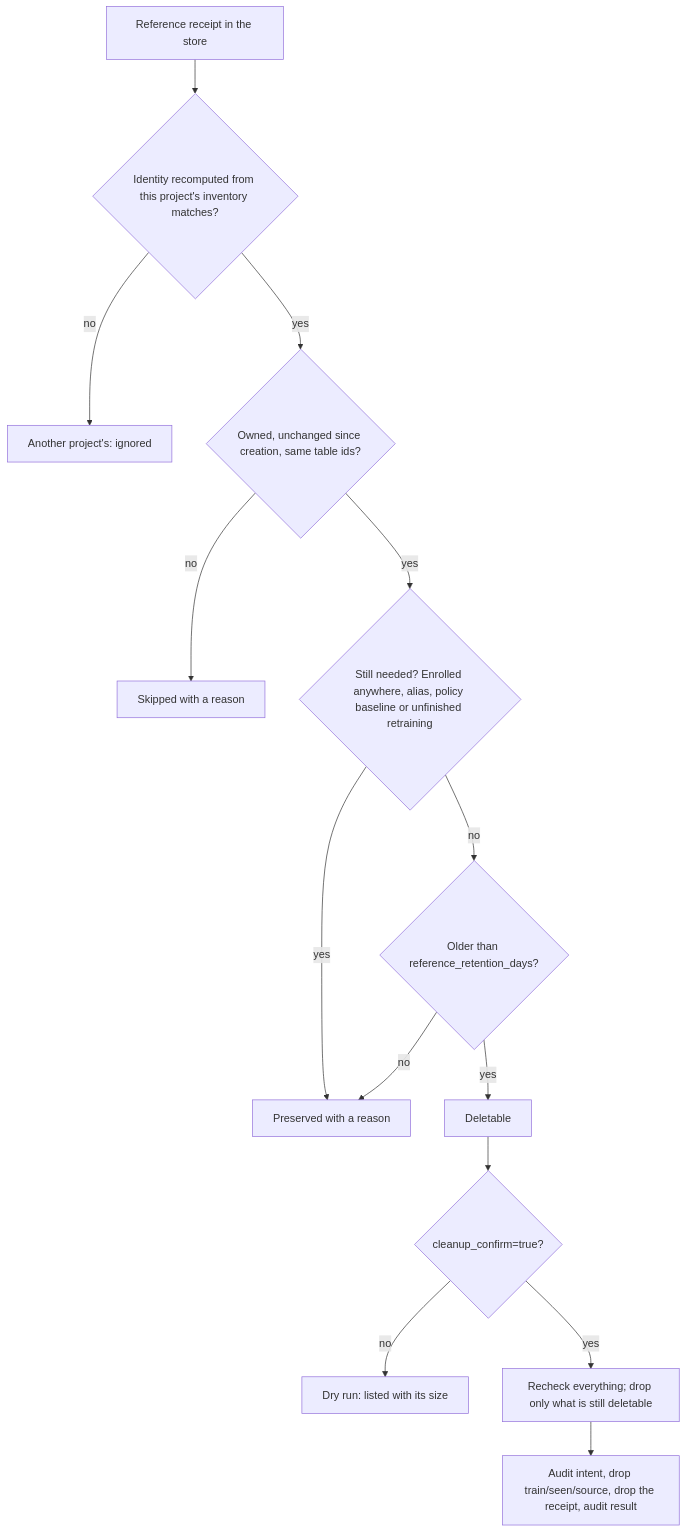
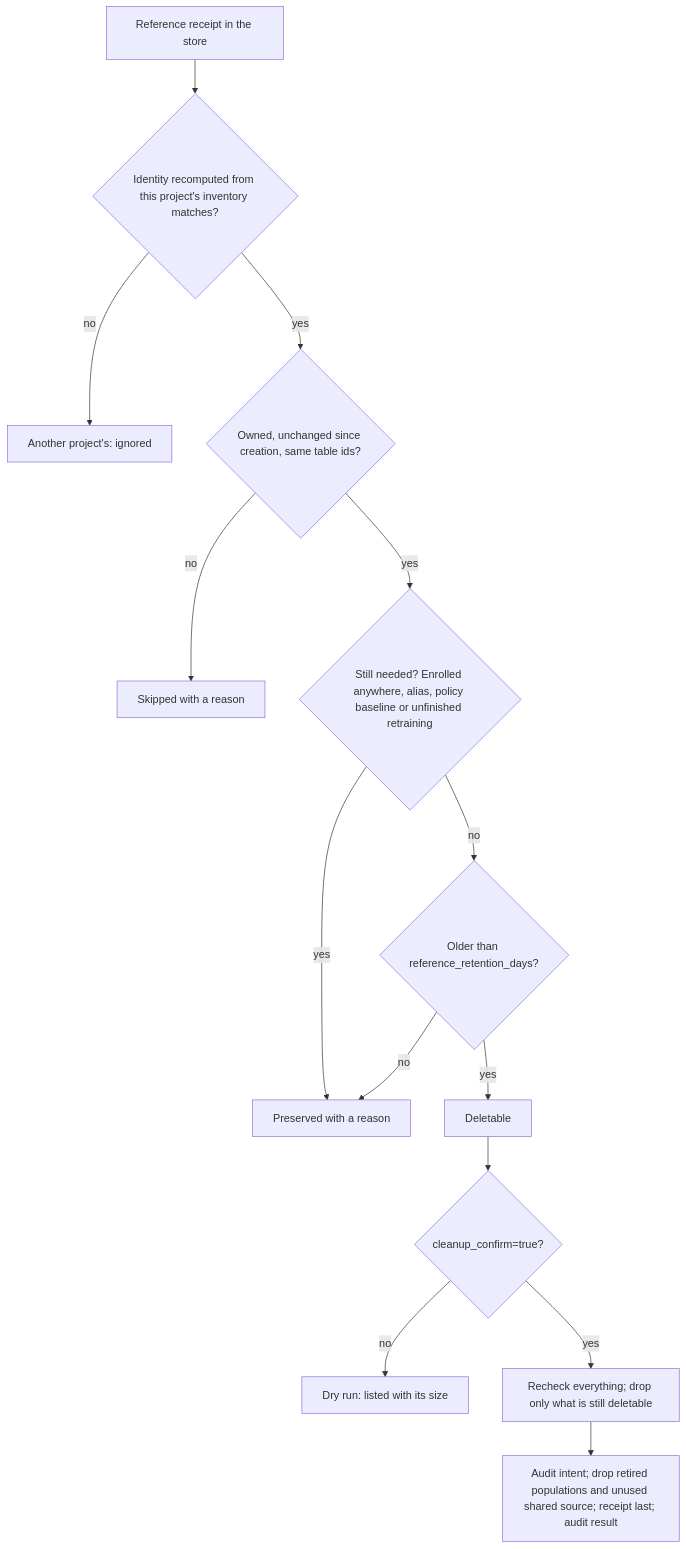
One commit to flyingriverhorse/Skyulf changed the diagram in docs/user_guide/databricks_monitoring_setup.md. Above: the diagram before and after it, drawn with Mermaid. The commit also changed other lines of this file and 116 other files, not shown here.

````diff
--- a/docs/user_guide/databricks_monitoring_setup.md
+++ b/docs/user_guide/databricks_monitoring_setup.md
@@ -201,16 +236,16 @@
 ```mermaid
 flowchart TD
     A["Reference receipt in the store"] --> B{"Identity recomputed from this project's inventory matches?"}
     B -- "no" --> K1["Another project's: ignored"]
     B -- "yes" --> C{"Owned, unchanged since creation, same table ids?"}
     C -- "no" --> K2["Skipped with a reason"]
     C -- "yes" --> D{"Still needed? Enrolled anywhere, alias, policy baseline or unfinished retraining"}
     D -- "yes" --> K3["Preserved with a reason"]
     D -- "no" --> E{"Older than reference_retention_days?"}
     E -- "no" --> K3
     E -- "yes" --> F["Deletable"]
     F --> G{"cleanup_confirm=true?"}
     G -- "no" --> L["Dry run: listed with its size"]
     G -- "yes" --> H["Recheck everything; drop only what is still deletable"]
-    H --> I["Audit intent, drop train/seen/source, drop the receipt, audit result"]
+    H --> I["Audit intent; drop retired populations and unused shared source; receipt last; audit result"]
 ```
````
